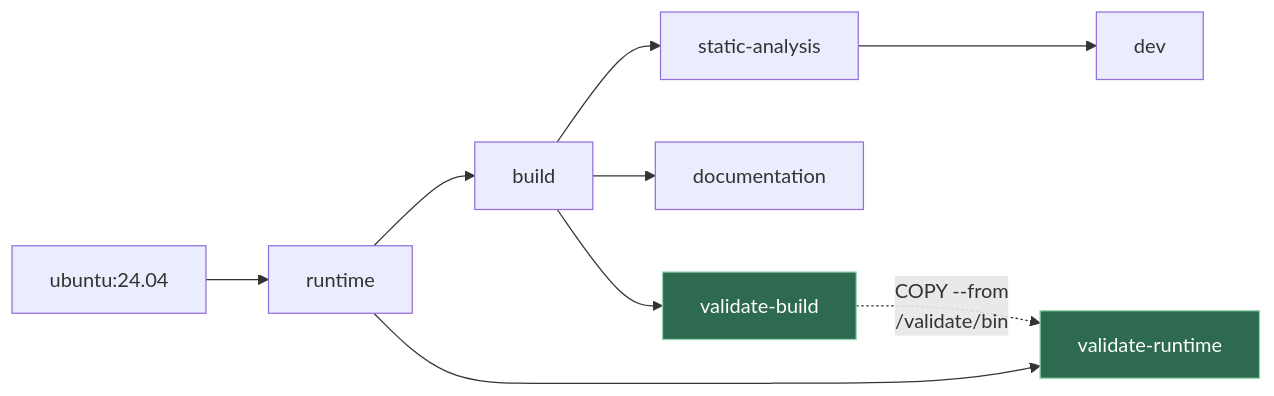
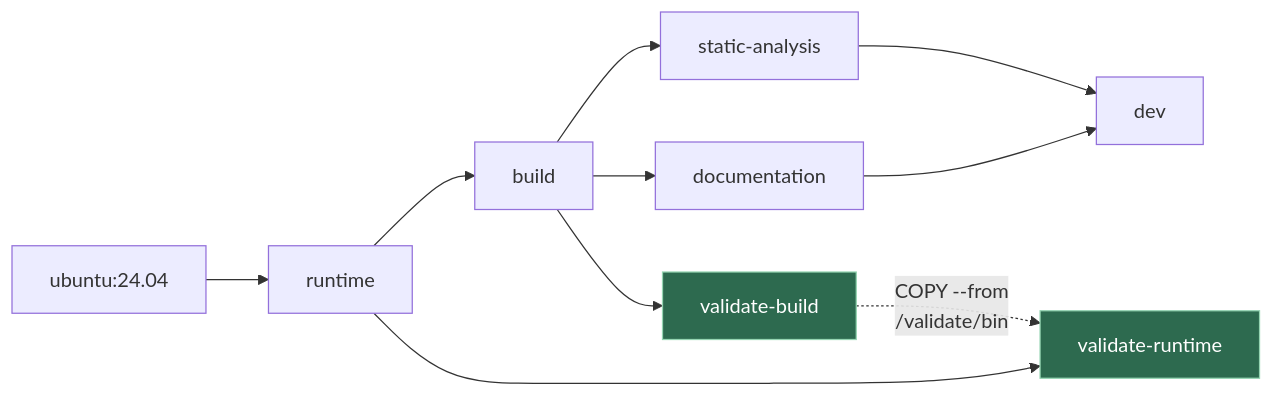
One commit to GuillaumeDua/cpp-toolchain changed the first of 3 diagrams in docs/IMAGES_VALIDATION.md. Above: the diagram before and after it, drawn with Mermaid. The commit also changed other lines of this file and 2 other files, not shown here.

````diff
--- a/docs/IMAGES_VALIDATION.md
+++ b/docs/IMAGES_VALIDATION.md
@@ -76,15 +78,16 @@
 ```mermaid
 graph LR
     base["ubuntu:24.04"] --> runtime
     runtime --> build
     build --> sa["static-analysis"]
     build --> doc["documentation"]
     sa --> dev
+    doc --> dev
 
     build --> vb["validate-build"]
     runtime --> vr["validate-runtime"]
     vb -. "COPY --from<br/>/validate/bin" .-> vr
 
     classDef gate fill:#2d6a4f,stroke:#95d5b2,color:#ffffff
     class vb,vr gate
 ```
````
